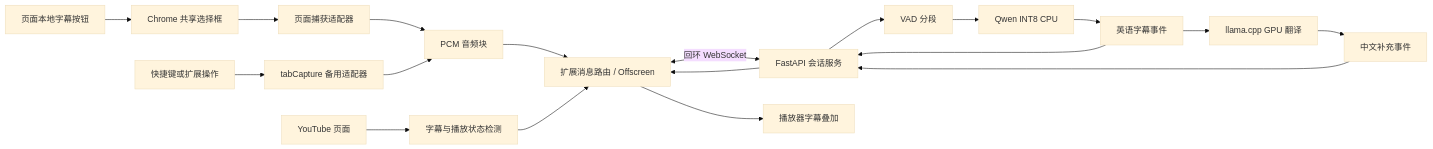
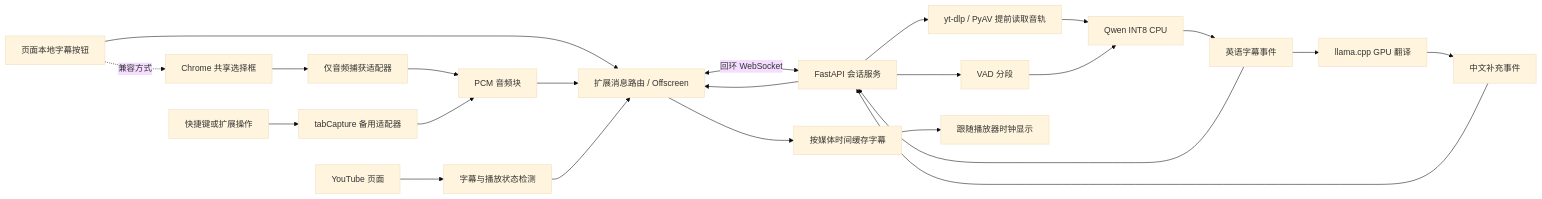
The diagram in docs/TECH_SPEC.md (AceYKN/YouTubeLocalSubtitles), drawn with Mermaid (base theme) before and after one commit. The commit also changed other lines of this file and 30 other files, not shown here.

````diff
--- a/docs/TECH_SPEC.md
+++ b/docs/TECH_SPEC.md
@@ -36,21 +37,25 @@
 ```mermaid
 flowchart LR
     YT[YouTube 页面] --> DET[字幕与播放状态检测]
-    BTN[页面本地字幕按钮] --> PICK[Chrome 共享选择框]
-    PICK --> CAP[页面捕获适配器]
+    BTN[页面本地字幕按钮] --> ROUTE
+    API --> MEDIA[yt-dlp / PyAV 提前读取音轨]
+    MEDIA --> ASR
+    BTN -.兼容方式.-> PICK[Chrome 共享选择框]
+    PICK --> CAP[仅音频捕获适配器]
     KEY[快捷键或扩展操作] --> TC[tabCapture 备用适配器]
     CAP --> PCM[PCM 音频块]
     TC --> PCM
     PCM --> ROUTE[扩展消息路由 / Offscreen]
     ROUTE <-->|回环 WebSocket| API[FastAPI 会话服务]
     DET --> ROUTE
     API --> VAD[VAD 分段]
     VAD --> ASR[Qwen INT8 CPU]
     ASR --> EN[英语字幕事件]
     EN --> MT[llama.cpp GPU 翻译]
     MT --> ZH[中文补充事件]
     EN --> API
     ZH --> API
     API --> ROUTE
-    ROUTE --> UI[播放器字幕叠加]
+    ROUTE --> CUES[按媒体时间缓存字幕]
+    CUES --> UI[跟随播放器时钟显示]
 ```
````
